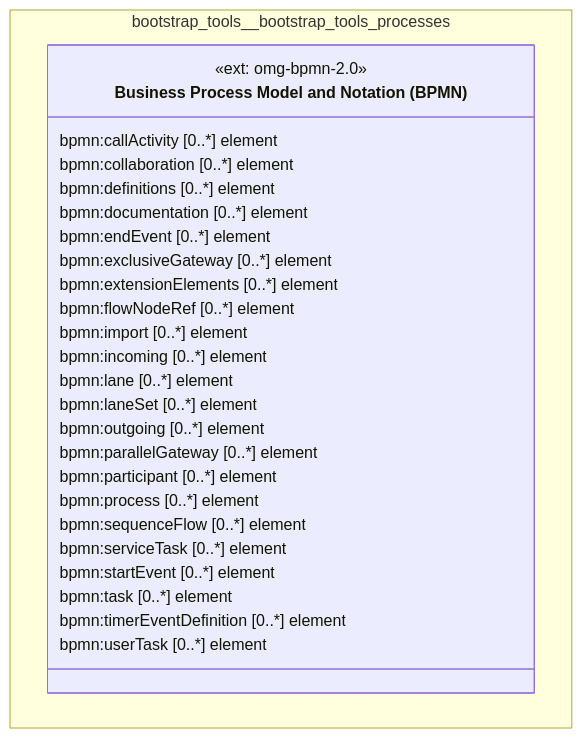
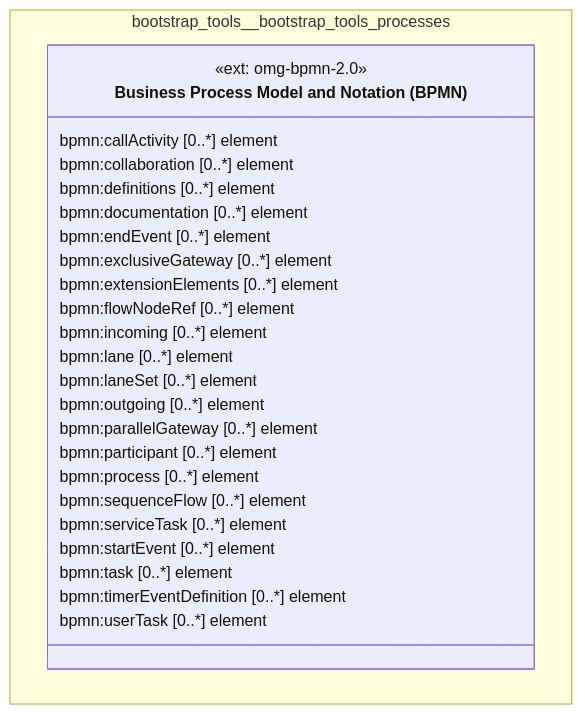
One commit to litlfred/folio-assistant changed the diagram in cat-harness/uml/overview/bootstrap-tools/bootstrap-tools-processes.mmd. Above: the diagram before and after it, drawn with Mermaid. The commit also changed 369 other files, not shown here.

First line of the commit message:
Placement PR6 (apcg): library/ingestion split — basic flow in the harness, L1 method in core

```diff
--- a/cat-harness/uml/overview/bootstrap-tools/bootstrap-tools-processes.mmd
+++ b/cat-harness/uml/overview/bootstrap-tools/bootstrap-tools-processes.mmd
@@ -1,30 +1,29 @@
 classDiagram
   direction TB
   namespace bootstrap_tools__bootstrap_tools_processes {
     class bootstrap_tools_bootstrap_tools_processes_omg_bpmn_2_0["Business Process Model and Notation (BPMN)"] {
       <<ext: omg-bpmn-2.0>>
       bpmn:callActivity [0..*] element
       bpmn:collaboration [0..*] element
       bpmn:definitions [0..*] element
       bpmn:documentation [0..*] element
       bpmn:endEvent [0..*] element
       bpmn:exclusiveGateway [0..*] element
       bpmn:extensionElements [0..*] element
       bpmn:flowNodeRef [0..*] element
-      bpmn:import [0..*] element
       bpmn:incoming [0..*] element
       bpmn:lane [0..*] element
       bpmn:laneSet [0..*] element
       bpmn:outgoing [0..*] element
       bpmn:parallelGateway [0..*] element
       bpmn:participant [0..*] element
       bpmn:process [0..*] element
       bpmn:sequenceFlow [0..*] element
       bpmn:serviceTask [0..*] element
       bpmn:startEvent [0..*] element
       bpmn:task [0..*] element
       bpmn:timerEventDefinition [0..*] element
       bpmn:userTask [0..*] element
     }
   }
   cssClass "bootstrap_tools_bootstrap_tools_processes_omg_bpmn_2_0" fa_uml_kind_processes
```
